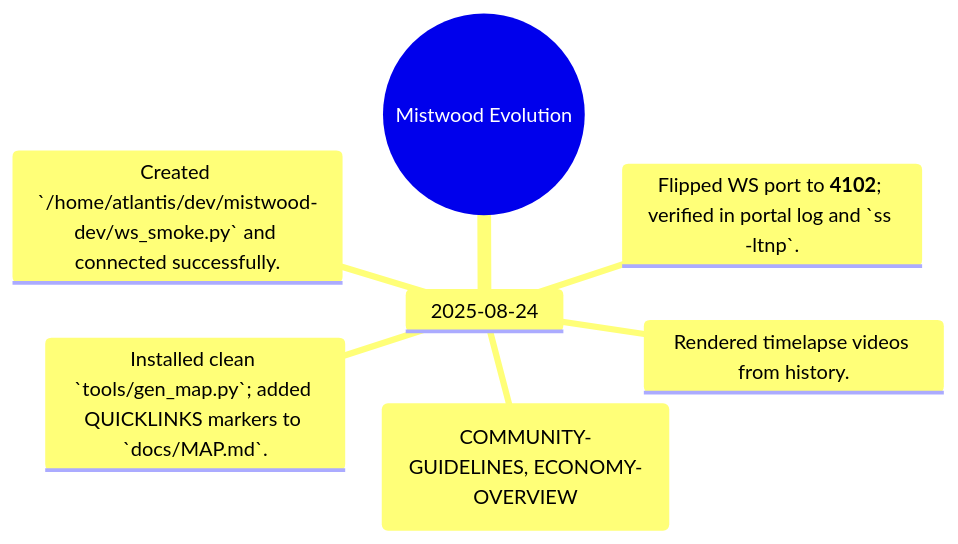
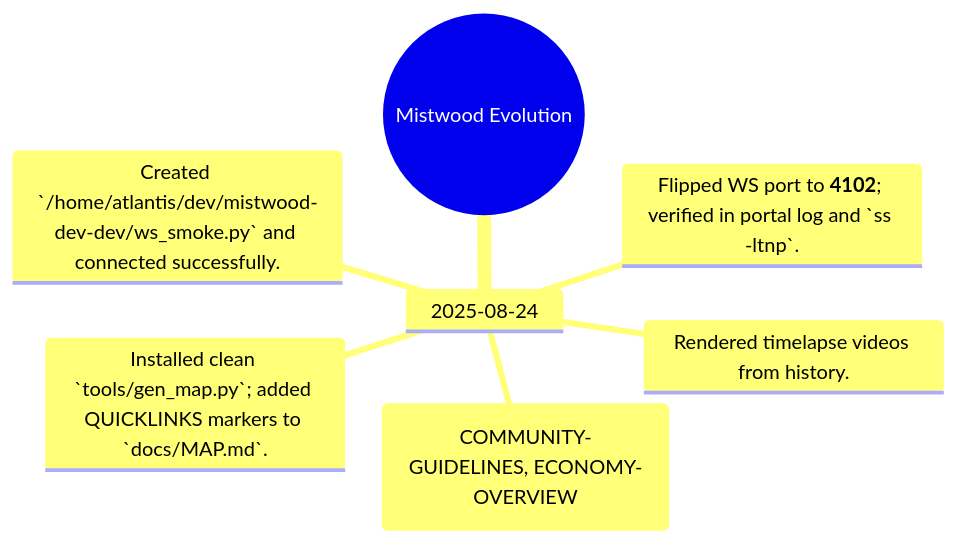
Before and after one commit to Sepulther1/mistwood: the diagram in docs/TIMELINE-mindmap.mmd, drawn with Mermaid. The commit also changed 70 other files, not shown here.

```diff
--- a/docs/TIMELINE-mindmap.mmd
+++ b/docs/TIMELINE-mindmap.mmd
@@ -1,8 +1,8 @@
 mindmap
   root((Mistwood Evolution))
     2025-08-24
       Flipped WS port to **4102**; verified in portal log and `ss -ltnp`.
-      Created `/home/atlantis/dev/mistwood-dev/ws_smoke.py` and connected successfully.
+      Created `/home/atlantis/dev/mistwood-dev-dev/ws_smoke.py` and connected successfully.
       Installed clean `tools/gen_map.py`; added QUICKLINKS markers to `docs/MAP.md`.
       Normalized docs (COMMUNITY-GUIDELINES, ECONOMY-OVERVIEW)
       Rendered timelapse videos from history.
```
